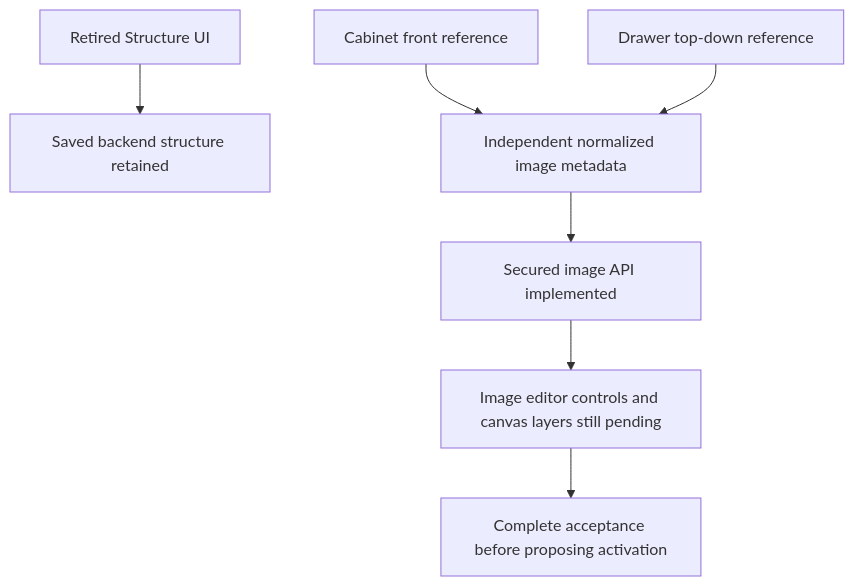
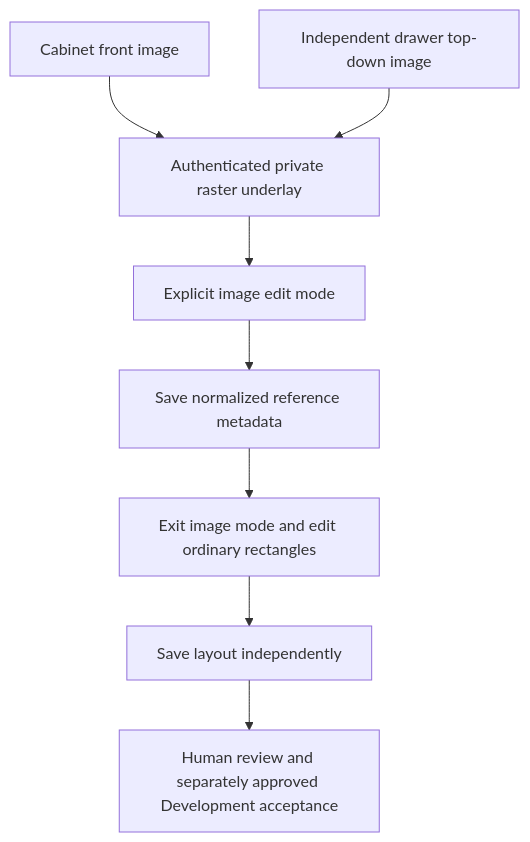
The second of 10 diagrams in docs/storage-layout/README.md (magicaussie/My-InvenTree), drawn with Mermaid before and after one commit. The commit also changed other lines of this file and 11 other files, not shown here.

Commit message:
Implement independent cabinet and drawer background image editors

````diff
--- a/docs/storage-layout/README.md
+++ b/docs/storage-layout/README.md
@@ -57,9 +82,10 @@
 ```mermaid
 flowchart TD
-    A[Retired Structure UI] --> B[Saved backend structure retained]
-    C[Cabinet front reference] --> D[Independent normalized image metadata]
-    E[Drawer top-down reference] --> D
-    D --> F[Secured image API implemented]
-    F --> G[Image editor controls and canvas layers still pending]
-    G --> H[Complete acceptance before proposing activation]
+    A[Cabinet front image] --> B[Authenticated private raster underlay]
+    C[Independent drawer top-down image] --> B
+    B --> D[Explicit image edit mode]
+    D --> E[Save normalized reference metadata]
+    E --> F[Exit image mode and edit ordinary rectangles]
+    F --> G[Save layout independently]
+    G --> H[Human review and separately approved Development acceptance]
 ```
````
